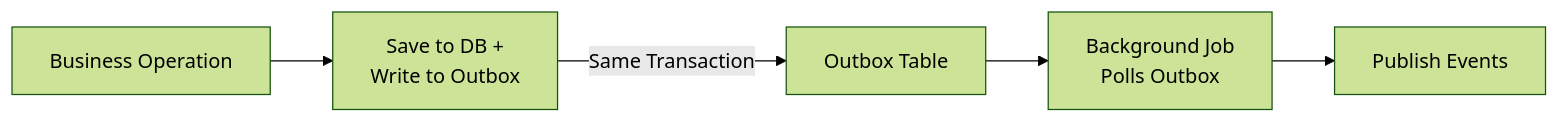
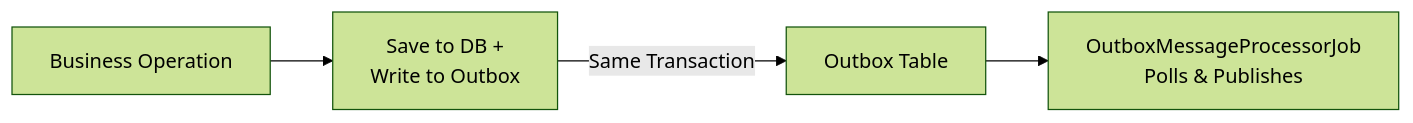
One commit to GabrieleTronchin/EFTransactionalOutbox changed the third of 4 diagrams in README.md. Above: the diagram before and after it, drawn with Mermaid (forest theme). The commit also changed other lines of this file and 4 other files, not shown here.

````diff
--- a/README.md
+++ b/README.md
@@ -30,7 +84,6 @@
 ```mermaid
 flowchart LR
     A[Business Operation] --> B[Save to DB +\nWrite to Outbox]
     B -->|Same Transaction| C[Outbox Table]
-    C --> D[Background Job\nPolls Outbox]
-    D --> E[Publish Events]
+    C --> D[OutboxMessageProcessorJob\nPolls & Publishes]
 ```
````
